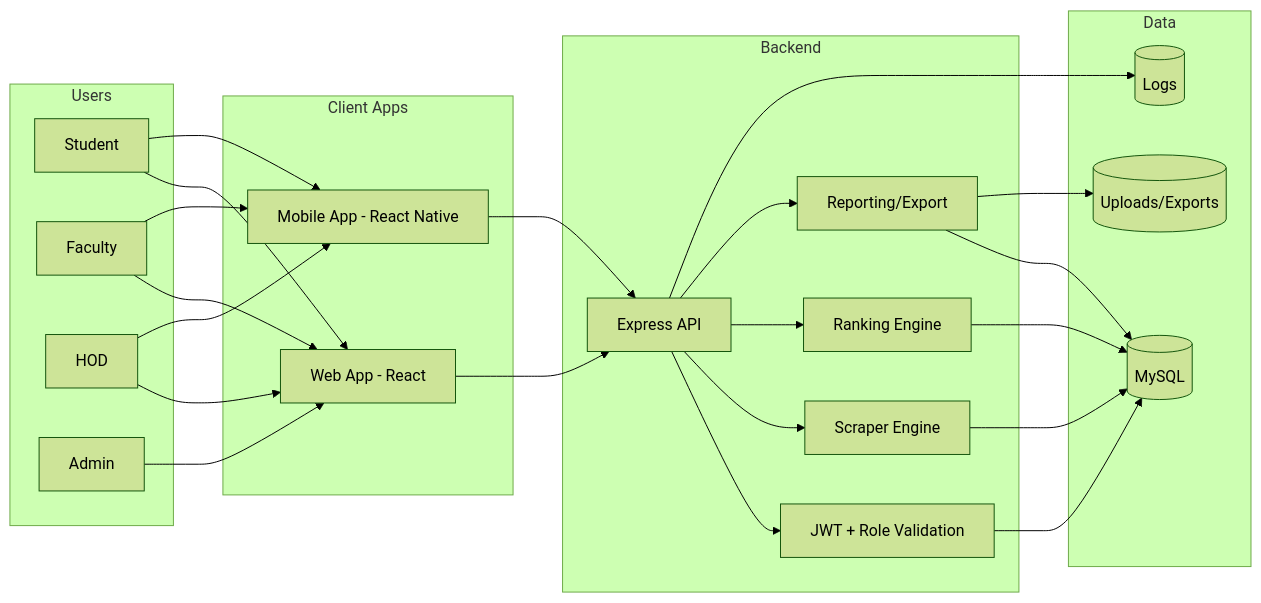
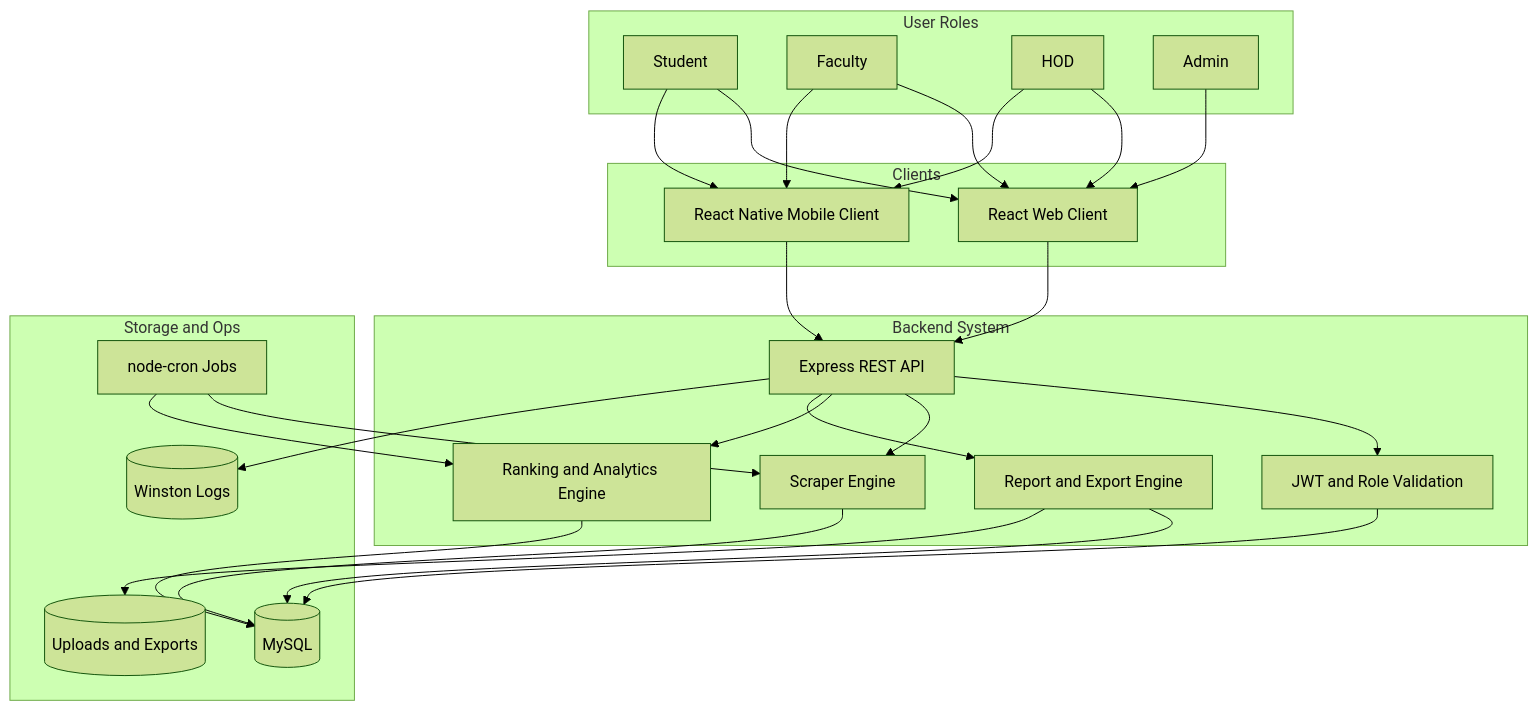
The first of 7 diagrams in projectdocumentation.md (ramalokeshreddyp/code_to_win), drawn with Mermaid (forest theme) before and after one commit. The commit also changed other lines of this file and 35 other files, not shown here.

````diff
--- a/projectdocumentation.md
+++ b/projectdocumentation.md
@@ -36,51 +31,54 @@
 ```mermaid
-graph LR
-  subgraph Users
-    S[Student]
-    F[Faculty]
-    H[HOD]
-    A[Admin]
+graph TB
+  subgraph User Roles
+    ST[Student]
+    FC[Faculty]
+    HD[HOD]
+    AD[Admin]
   end
 
-  subgraph Client Apps
-    W[Web App - React]
-    M[Mobile App - React Native]
+  subgraph Clients
+    WB[React Web Client]
+    MB[React Native Mobile Client]
   end
 
-  subgraph Backend
-    API[Express API]
-    AUTH[JWT + Role Validation]
+  subgraph Backend System
+    API[Express REST API]
+    RBAC[JWT and Role Validation]
     SCR[Scraper Engine]
-    RANK[Ranking Engine]
-    REP[Reporting/Export]
+    RNK[Ranking and Analytics Engine]
+    RPT[Report and Export Engine]
   end
 
-  subgraph Data
-    DB[(MySQL)]
-    FS[(Uploads/Exports)]
-    LOG[(Logs)]
+  subgraph Storage and Ops
+    SQL[(MySQL)]
+    FIL[(Uploads and Exports)]
+    LOG[(Winston Logs)]
+    CRON[node-cron Jobs]
   end
 
-  S --> W
-  F --> W
-  H --> W
-  A --> W
-  S --> M
-  F --> M
-  H --> M
+  ST --> WB
+  FC --> WB
+  HD --> WB
+  AD --> WB
+  ST --> MB
+  FC --> MB
+  HD --> MB
 
-  W --> API
-  M --> API
+  WB --> API
+  MB --> API
 
-  API --> AUTH
+  API --> RBAC
   API --> SCR
-  API --> RANK
-  API --> REP
+  API --> RNK
+  API --> RPT
 
-  AUTH --> DB
-  SCR --> DB
-  RANK --> DB
-  REP --> DB
-  REP --> FS
+  RBAC --> SQL
+  SCR --> SQL
+  RNK --> SQL
+  RPT --> SQL
+  RPT --> FIL
   API --> LOG
+  CRON --> SCR
+  CRON --> RNK
 ```
````
